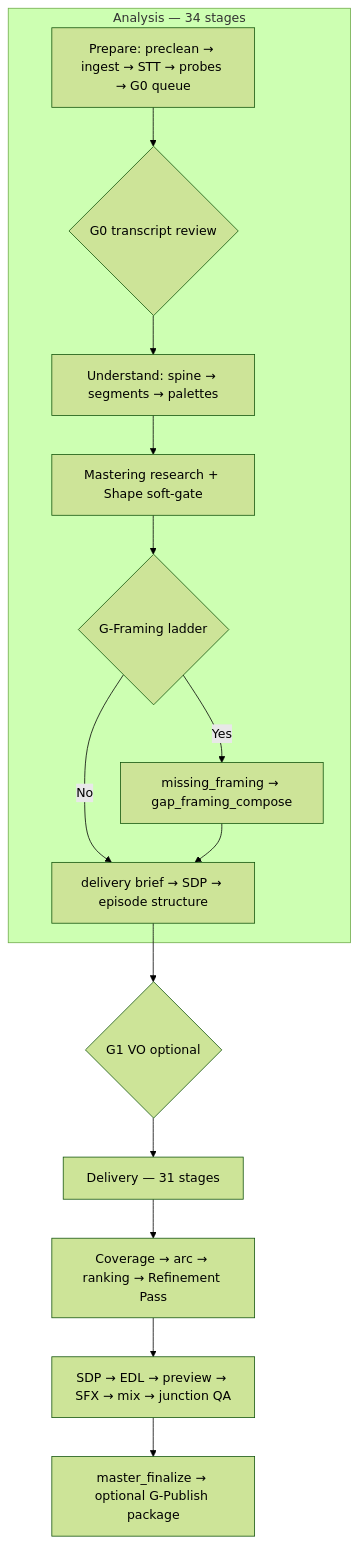
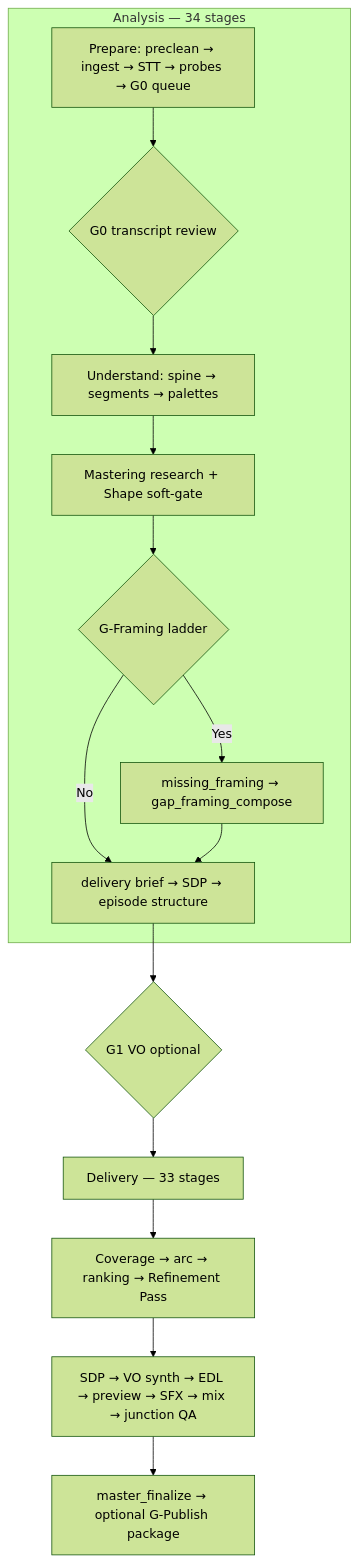
Before and after one commit to NicketUttarwar/interview_helper_mux: the diagram in docs/pipeline.md, drawn with Mermaid (forest theme). The commit also changed other lines of this file and 153 other files, not shown here.

````diff
--- a/docs/pipeline.md
+++ b/docs/pipeline.md
@@ -11,18 +11,18 @@
 ```mermaid
 flowchart TB
     subgraph analysis [Analysis — 34 stages]
         A0[Prepare: preclean → ingest → STT → probes → G0 queue]
         A0 --> G0{G0 transcript review}
         G0 --> U[Understand: spine → segments → palettes]
         U --> M[Mastering research + Shape soft-gate]
         M --> GF{G-Framing ladder}
         GF -->|Yes| Gaps[missing_framing → gap_framing_compose]
         GF -->|No| Brief[delivery brief → SDP → episode structure]
         Gaps --> Brief
     end
     Brief --> G1{G1 VO optional}
-    G1 --> Del[Delivery — 31 stages]
+    G1 --> Del[Delivery — 33 stages]
     Del --> Rank[Coverage → arc → ranking → Refinement Pass]
-    Rank --> Sound[SDP → EDL → preview → SFX → mix → junction QA]
+    Rank --> Sound[SDP → VO synth → EDL → preview → SFX → mix → junction QA]
     Sound --> Ship[master_finalize → optional G-Publish package]
 ```
````
